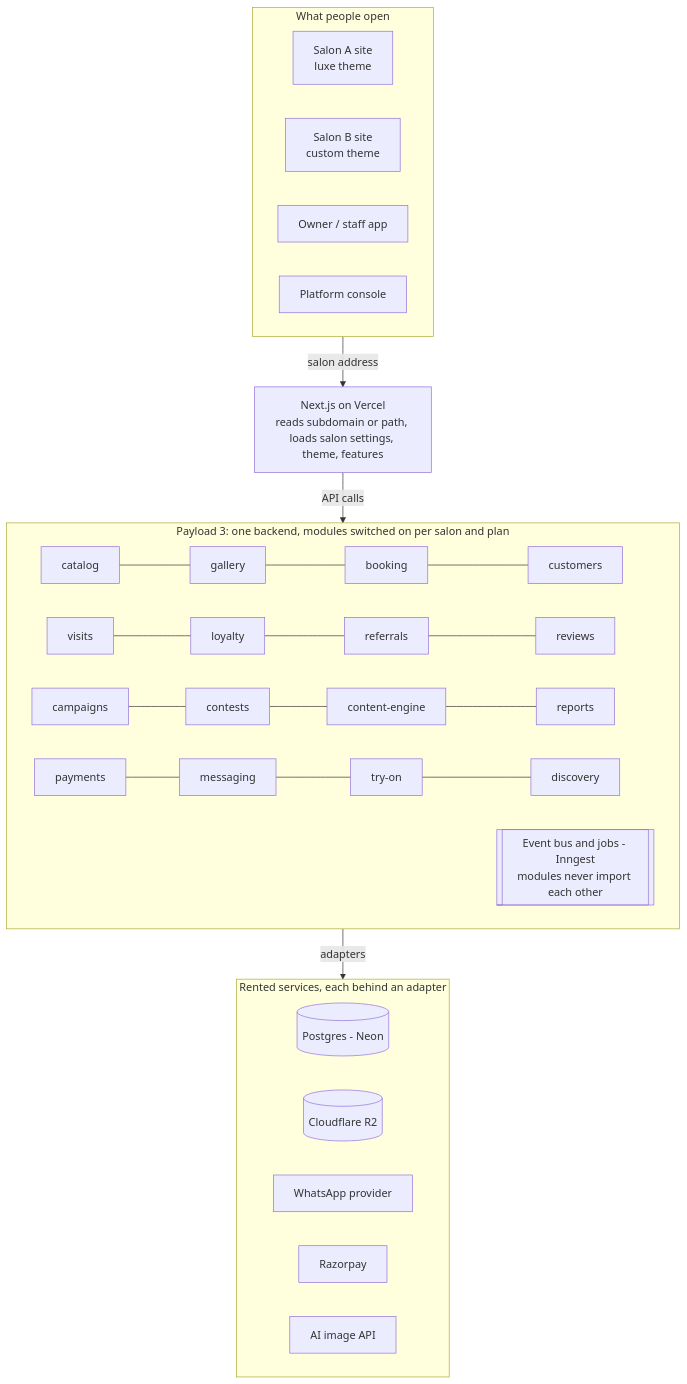
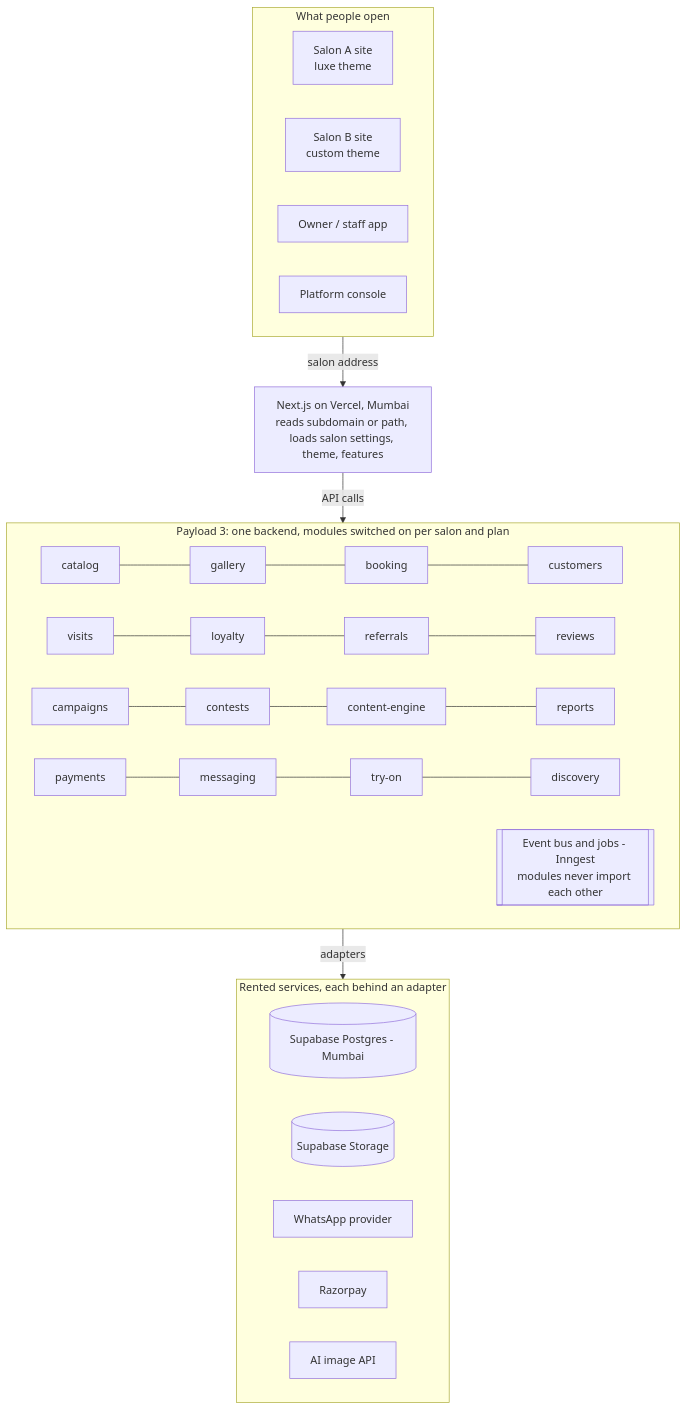
The second of 2 diagrams in PRODUCT.md (techtwister007/middle_Screen), drawn with Mermaid before and after one commit. The commit also changed other lines of this file, not shown here.

First line of the commit message:
Product doc: Supabase (Mumbai), backend language/hosting, customer UI stack

````diff
--- a/PRODUCT.md
+++ b/PRODUCT.md
@@ -399,26 +401,26 @@
 ```mermaid
 flowchart TB
     subgraph FE[What people open]
         A[Salon A site<br/>luxe theme]
         B[Salon B site<br/>custom theme]
         O[Owner / staff app]
         P[Platform console]
     end
-    FE -->|salon address| R[Next.js on Vercel<br/>reads subdomain or path, loads salon settings, theme, features]
+    FE -->|salon address| R[Next.js on Vercel, Mumbai<br/>reads subdomain or path, loads salon settings, theme, features]
     R -->|API calls| BE
     subgraph BE[Payload 3: one backend, modules switched on per salon and plan]
         M1[catalog] --- M2[gallery] --- M3[booking] --- M4[customers]
         M5[visits] --- M6[loyalty] --- M7[referrals] --- M8[reviews]
         M9[campaigns] --- M10[contests] --- M11[content-engine] --- M12[reports]
         M13[payments] --- M14[messaging] --- M15[try-on] --- M16[discovery]
         EB[[Event bus and jobs - Inngest<br/>modules never import each other]]
     end
     BE -->|adapters| S
     subgraph S[Rented services, each behind an adapter]
-        DB[(Postgres - Neon)]
-        R2[(Cloudflare R2)]
+        DB[(Supabase Postgres - Mumbai)]
+        ST[(Supabase Storage)]
         WA[WhatsApp provider]
         RZ[Razorpay]
         AI[AI image API]
     end
 ```
````
